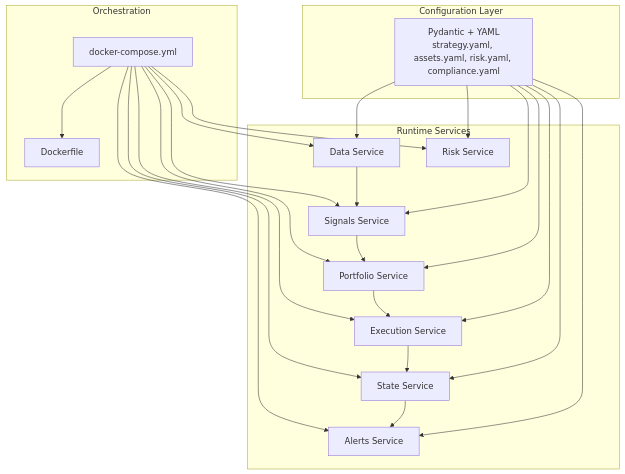
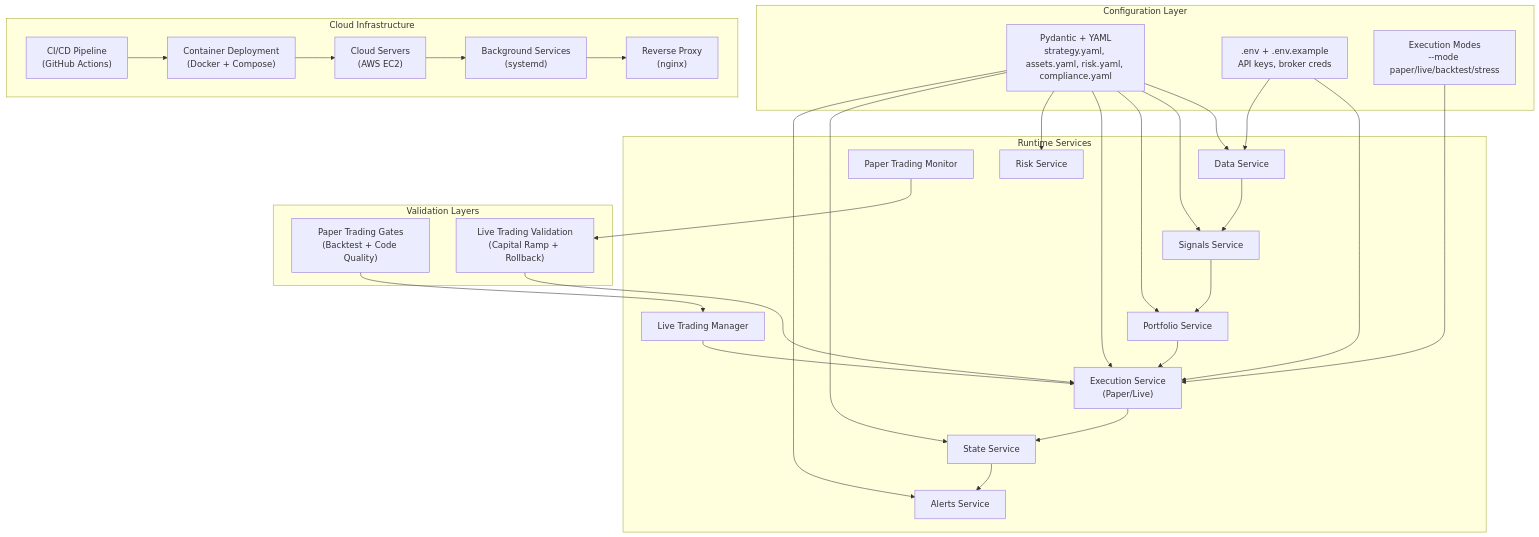
Before and after one commit to guofeng201507/shark-quant-trader: the second of 7 diagrams in .qoder/repowiki/en/content/Configuration and Deployment.md, drawn with Mermaid. The commit also changed other lines of this file and 14 other files, not shown here.

````diff
--- a/.qoder/repowiki/en/content/Configuration and Deployment.md
+++ b/.qoder/repowiki/en/content/Configuration and Deployment.md
@@ -104,39 +150,53 @@
 ```mermaid
 graph TB
 subgraph "Configuration Layer"
 CFG["Pydantic + YAML<br/>strategy.yaml, assets.yaml, risk.yaml, compliance.yaml"]
+ENV[".env + .env.example<br/>API keys, broker creds"]
+MODE["Execution Modes<br/>--mode paper/live/backtest/stress"]
 end
 subgraph "Runtime Services"
 DS["Data Service"]
 SG["Signals Service"]
 PO["Portfolio Service"]
-EX["Execution Service"]
+EX["Execution Service<br/>(Paper/Live)"]
 RM["Risk Service"]
 ST["State Service"]
 AL["Alerts Service"]
+PT["Paper Trading Monitor"]
+LT["Live Trading Manager"]
 end
-subgraph "Orchestration"
-DC["docker-compose.yml"]
-DF["Dockerfile"]
+subgraph "Validation Layers"
+PG["Paper Trading Gates<br/>(Backtest + Code Quality)"]
+LTG["Live Trading Validation<br/>(Capital Ramp + Rollback)"]
+end
+subgraph "Cloud Infrastructure"
+CI["CI/CD Pipeline<br/>(GitHub Actions)"]
+CD["Container Deployment<br/>(Docker + Compose)"]
+CS["Cloud Servers<br/>(AWS EC2)"]
+BS["Background Services<br/>(systemd)"]
+RP["Reverse Proxy<br/>(nginx)"]
 end
 CFG --> DS
 CFG --> SG
 CFG --> PO
 CFG --> EX
 CFG --> RM
 CFG --> ST
 CFG --> AL
+ENV --> EX
+ENV --> DS
+MODE --> EX
+PG --> LT
+LT --> EX
+PT --> LTG
+LTG --> EX
 DS --> SG
 SG --> PO
 PO --> EX
 EX --> ST
 ST --> AL
-DC --> DF
-DC --> DS
-DC --> SG
-DC --> PO
-DC --> EX
-DC --> RM
-DC --> ST
-DC --> AL
+CI --> CD
+CD --> CS
+CS --> BS
+BS --> RP
 ```
````
